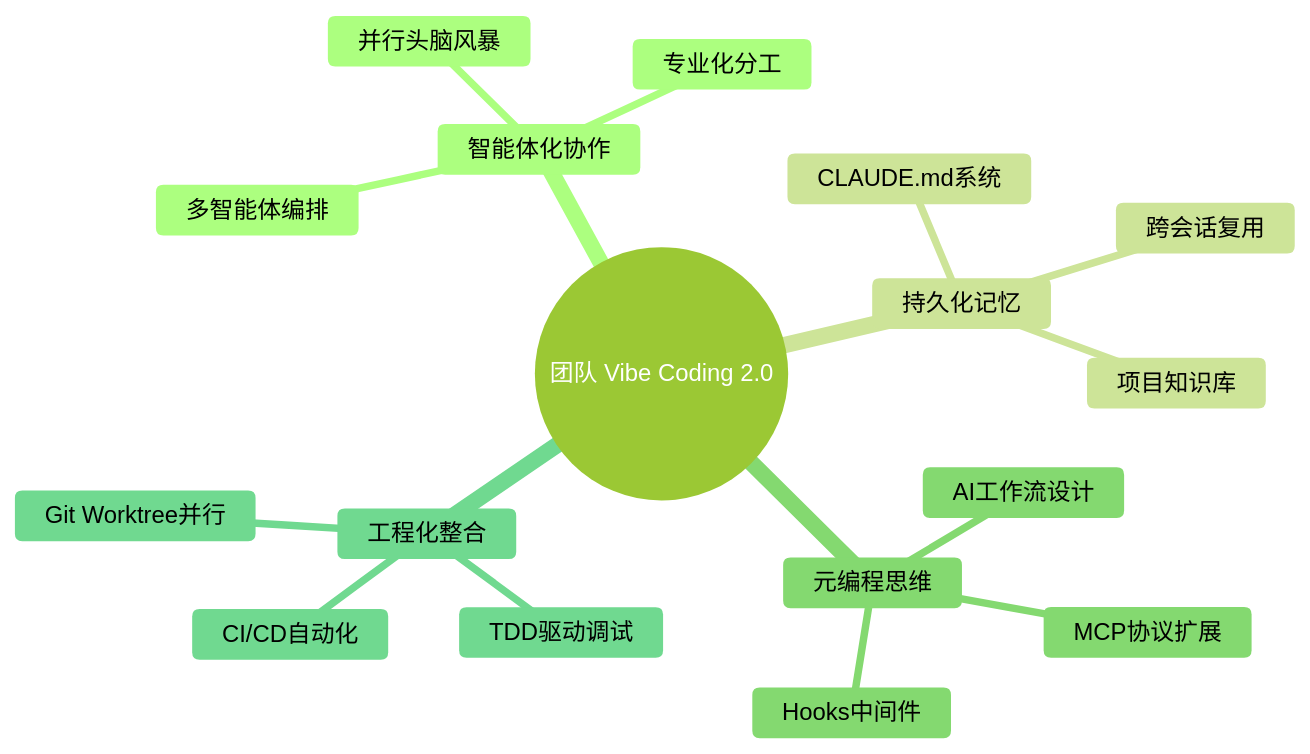
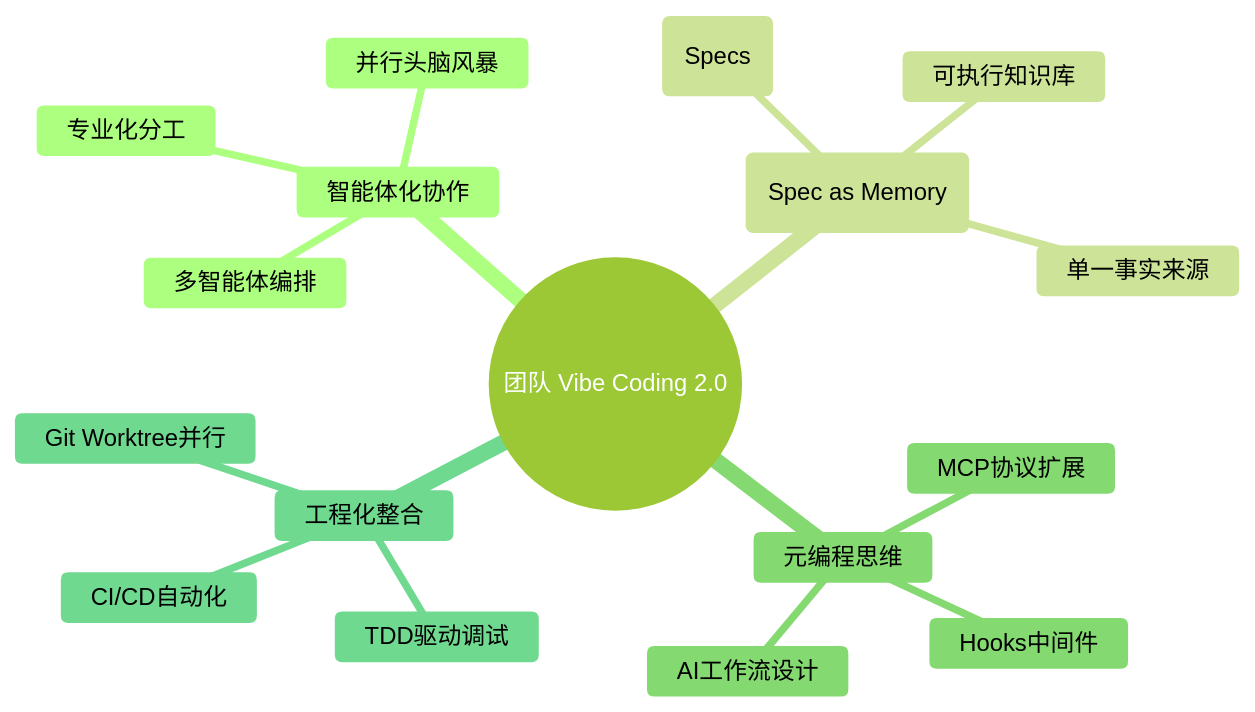
The first of 2 diagrams in part1/chapter2.md (imleoo/claude-code-in-teams), drawn with Mermaid (forest theme) before and after one commit. The commit also changed other lines of this file and 6 other files, not shown here.

````diff
--- a/part1/chapter2.md
+++ b/part1/chapter2.md
@@ -11,20 +11,20 @@
 ```mermaid
 mindmap
   root((团队 Vibe Coding 2.0))
     智能体化协作
       多智能体编排
       并行头脑风暴
       专业化分工
-    持久化记忆
-      CLAUDE.md系统
-      项目知识库
-      跨会话复用
+    规范即记忆 (Spec as Memory)
+      结构化规范(Specs)
+      可执行知识库
+      单一事实来源
     元编程思维
       AI工作流设计
       MCP协议扩展
       Hooks中间件
     工程化整合
       TDD驱动调试
       Git Worktree并行
       CI/CD自动化
 ```
````
